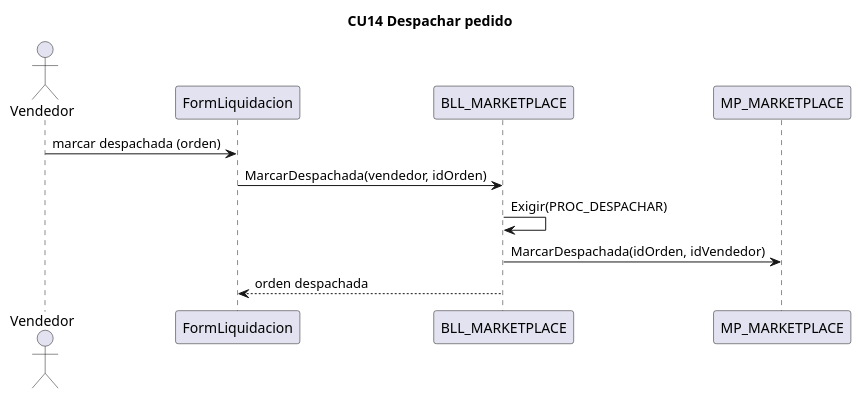
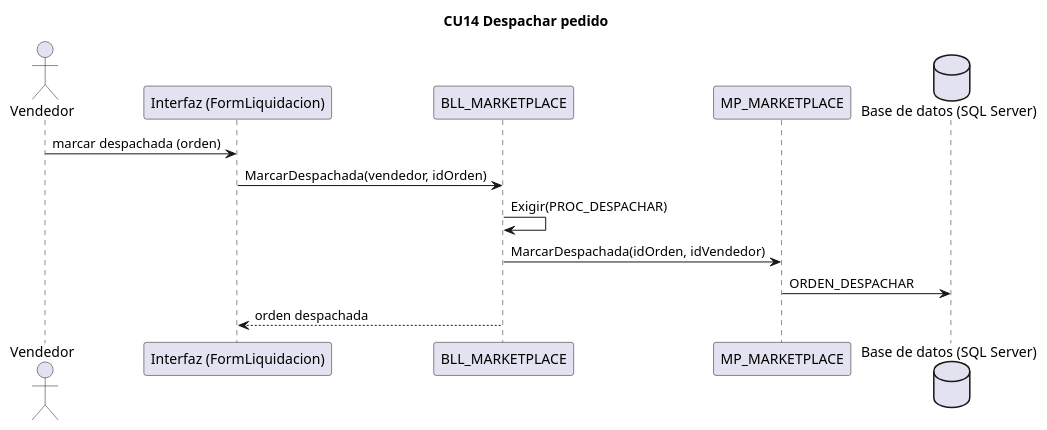
Before and after one commit to L-Muniz/uai-diploma_2026: the diagram in docs/diagramas/secuencias/CU14_despachar_pedido.puml, drawn with PlantUML. The commit also changed 36 other files, not shown here.

Commit message:
Docs: secuencias con capa de interfaz y base de datos; imágenes del Word limitadas a la hoja

```diff
--- a/docs/diagramas/secuencias/CU14_despachar_pedido.puml
+++ b/docs/diagramas/secuencias/CU14_despachar_pedido.puml
@@ -1,12 +1,14 @@
 @startuml CU14
 title CU14 Despachar pedido
 actor Vendedor
-participant "FormLiquidacion" as IU
+participant "Interfaz (FormLiquidacion)" as IU
 participant "BLL_MARKETPLACE" as BLL
 participant "MP_MARKETPLACE" as DAL
+database "Base de datos (SQL Server)" as BD
 Vendedor -> IU : marcar despachada (orden)
 IU -> BLL : MarcarDespachada(vendedor, idOrden)
 BLL -> BLL : Exigir(PROC_DESPACHAR)
 BLL -> DAL : MarcarDespachada(idOrden, idVendedor)
+DAL -> BD : ORDEN_DESPACHAR
 BLL --> IU : orden despachada
 @enduml
```
